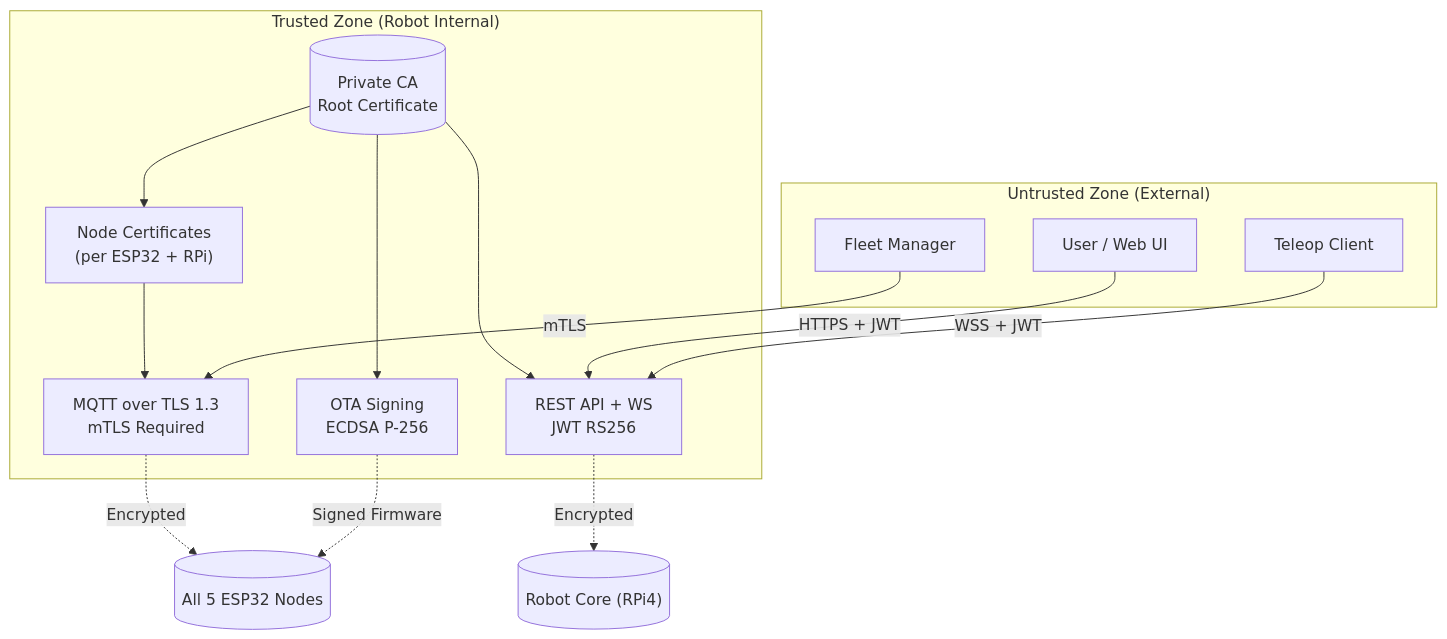
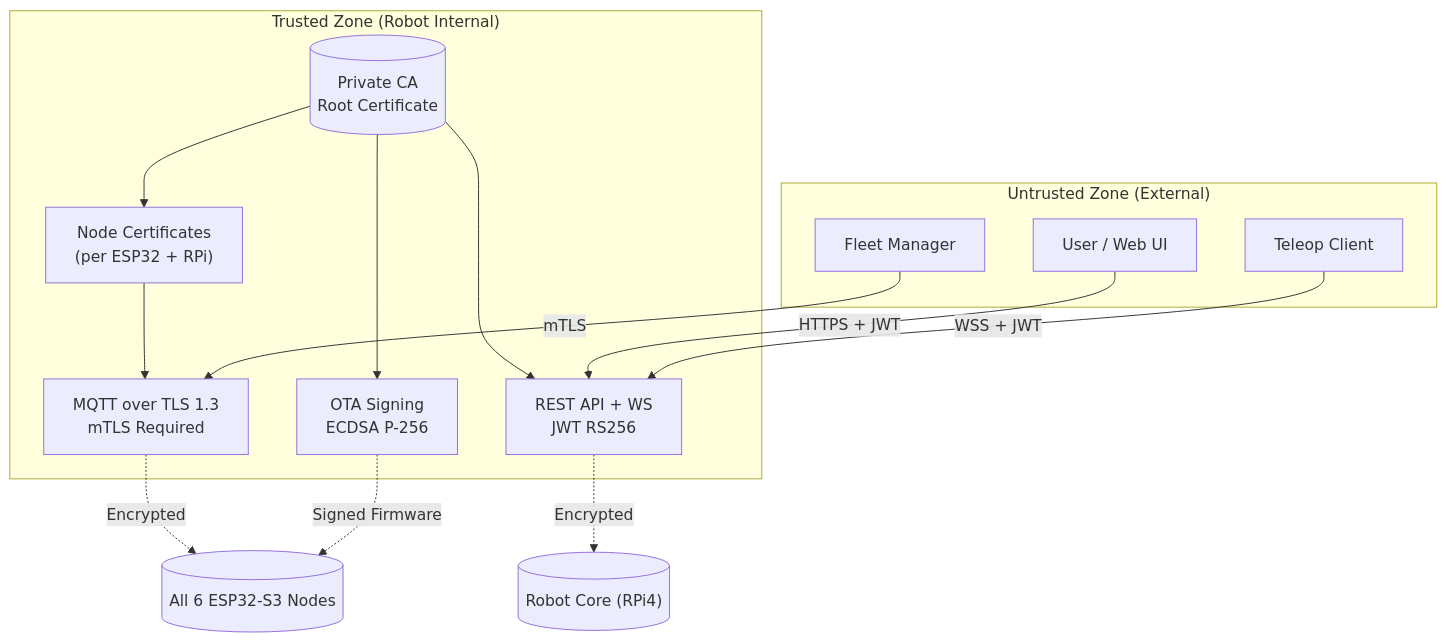
Before and after one commit to matteogiovagnini-bit/openj5: the tenth of 10 diagrams in docs/architecture/ARCHITECTURE.md, drawn with Mermaid. The commit also changed other lines of this file and 53 other files, not shown here.

````diff
--- a/docs/architecture/ARCHITECTURE.md
+++ b/docs/architecture/ARCHITECTURE.md
@@ -577,29 +580,29 @@
 ```mermaid
 flowchart TD
     subgraph Trust_Zone["Trusted Zone (Robot Internal)"]
         CA[("Private CA\nRoot Certificate")]
         NODE_CERTS["Node Certificates\n(per ESP32 + RPi)"]
         MQTT_TLS["MQTT over TLS 1.3\nmTLS Required"]
         API_JWT["REST API + WS\nJWT RS256"]
         OTA_SIGN["OTA Signing\nECDSA P-256"]
     end
 
     subgraph Untrusted_Zone["Untrusted Zone (External)"]
         USER[User / Web UI]
         FLEET[Fleet Manager]
         TELEOP[Teleop Client]
     end
 
     CA --> NODE_CERTS
     NODE_CERTS --> MQTT_TLS
     CA --> API_JWT
     CA --> OTA_SIGN
 
     USER -->|HTTPS + JWT| API_JWT
     FLEET -->|mTLS| MQTT_TLS
     TELEOP -->|WSS + JWT| API_JWT
 
-    MQTT_TLS -.->|Encrypted| ESP32_NODES[("All 5 ESP32 Nodes")]
+    MQTT_TLS -.->|Encrypted| ESP32_NODES[("All 6 ESP32-S3 Nodes")]
     API_JWT -.->|Encrypted| ROBOT_CORE[("Robot Core (RPi4)")]
     OTA_SIGN -.->|Signed Firmware| ESP32_NODES
 ```
````
